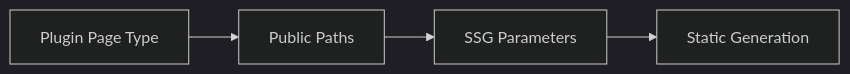
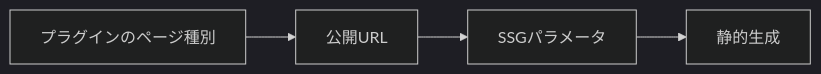
One commit to Rerurate514/riebeckite changed the sixth of 14 diagrams in docs/docs/framework/page-system.ja.md. Above: the diagram before and after it, drawn with Mermaid (dark theme). The commit also changed other lines of this file and 310 other files, not shown here.

````diff
--- a/docs/docs/framework/page-system.ja.md
+++ b/docs/docs/framework/page-system.ja.md
@@ -165,11 +151,11 @@
 ```mermaid id="4b2b3j"
 flowchart LR
-    Plugin["Plugin Page Type"]
-    Paths["Public Paths"]
-    Params["SSG Parameters"]
-    Build["Static Generation"]
+    Plugin["プラグインのページ種別"]
+    Paths["公開URL"]
+    Params["SSGパラメータ"]
+    Build["静的生成"]
 
     Plugin --> Paths
     Paths --> Params
     Params --> Build
 ```
````
